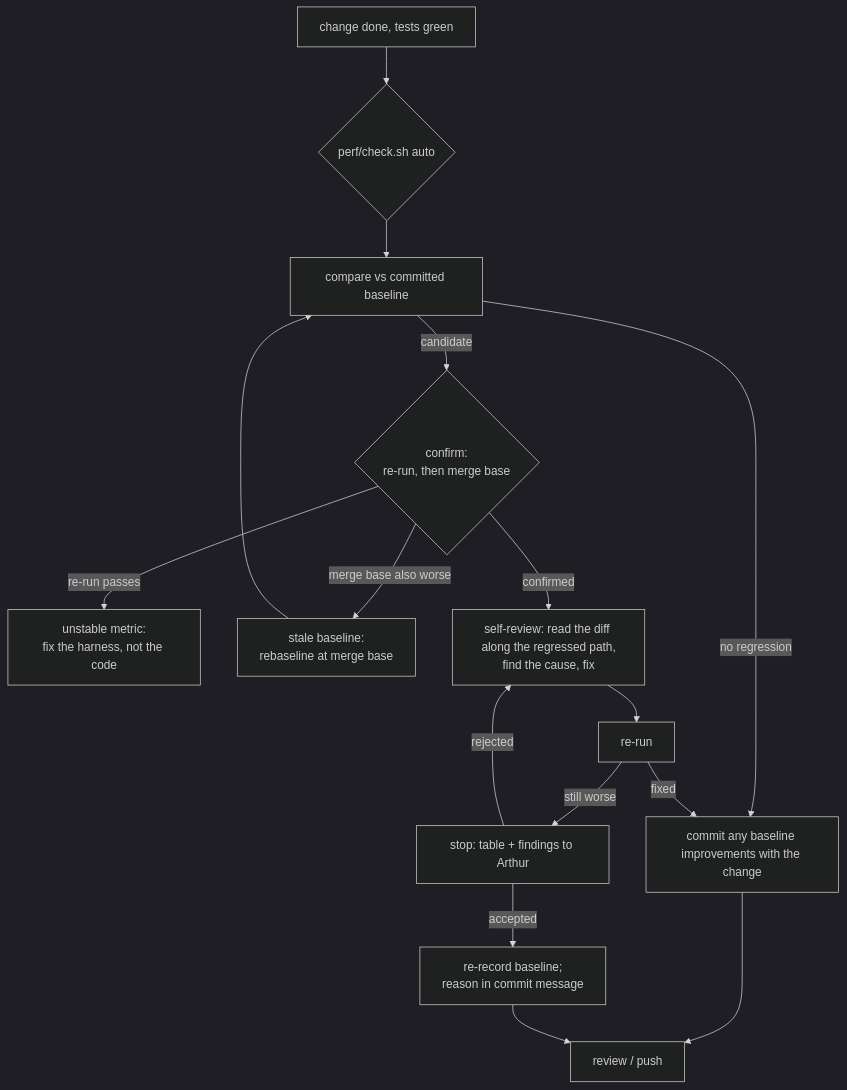
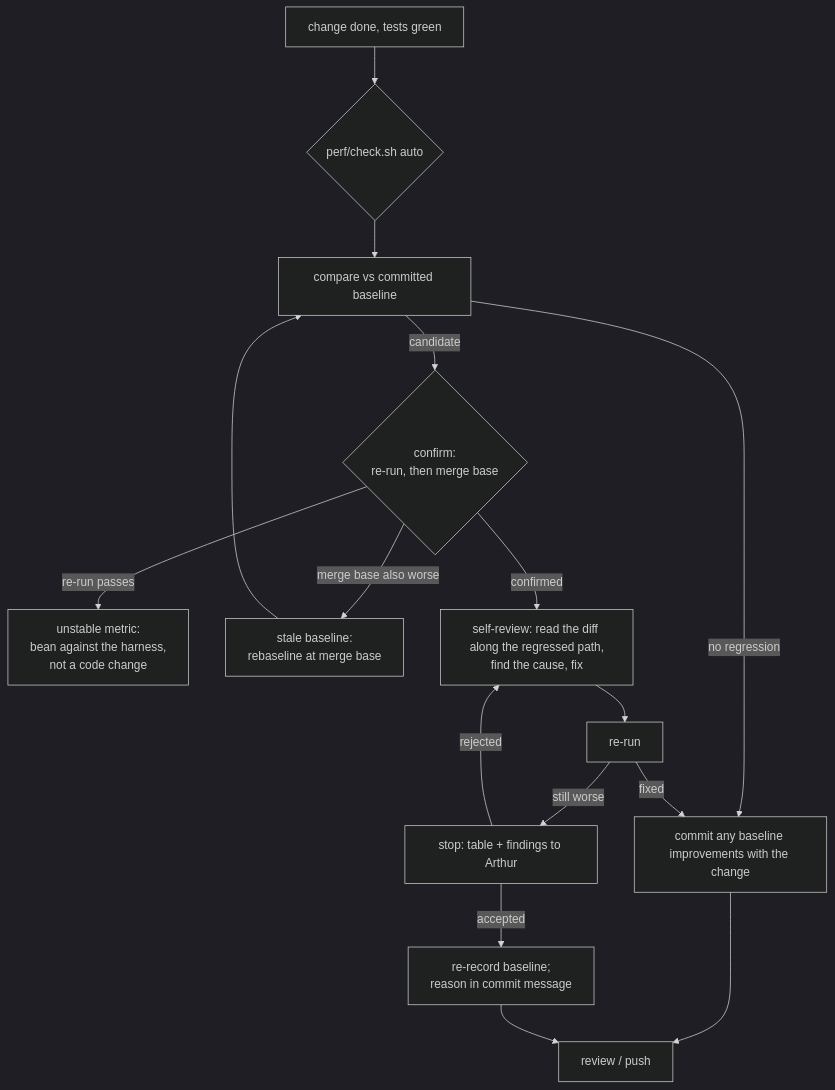
One commit to ArthurClune/pkm-system changed the second of 2 diagrams in docs/superpowers/specs/2026-09-26-perf-regression-checks-design.md. Above: the diagram before and after it, drawn with Mermaid (dark theme). The commit also changed other lines of this file and 2 other files, not shown here.

````diff
--- a/docs/superpowers/specs/2026-09-26-perf-regression-checks-design.md
+++ b/docs/superpowers/specs/2026-09-26-perf-regression-checks-design.md
@@ -202,15 +226,15 @@
 ```mermaid
 flowchart TD
   D[change done, tests green] --> W{perf/check.sh auto}
   W --> C[compare vs committed baseline]
   C -->|candidate| CF{confirm:<br/>re-run, then merge base}
-  CF -->|re-run passes| X[unstable metric:<br/>fix the harness, not the code]
+  CF -->|re-run passes| X[unstable metric:<br/>bean against the harness,<br/>not a code change]
   CF -->|merge base also worse| S[stale baseline:<br/>rebaseline at merge base] --> C
   CF -->|confirmed| R
   C -->|no regression| U[commit any baseline improvements with the change] --> Done[review / push]
   R[self-review: read the diff along the regressed path,<br/>find the cause, fix] --> C2[re-run]
   C2 -->|fixed| U
   C2 -->|still worse| H[stop: table + findings to Arthur]
   H -->|accepted| A[re-record baseline;<br/>reason in commit message] --> Done
   H -->|rejected| R
 ```
````
